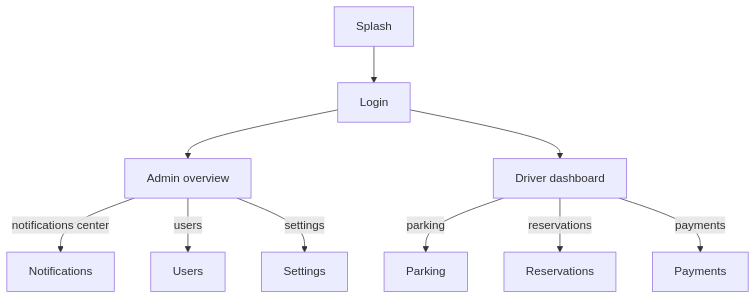
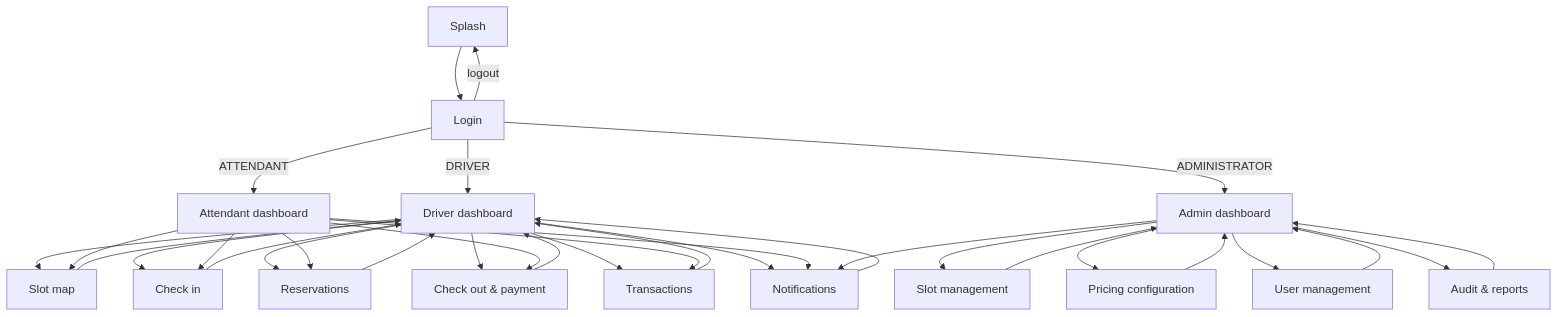
Before and after one commit to 0xPaarth/SmartParkingSystem: the diagram in navigation-map.mmd, drawn with Mermaid. The commit also changed 8 other files, not shown here.

```diff
--- a/navigation-map.mmd
+++ b/navigation-map.mmd
@@ -1,10 +1,33 @@
 flowchart TD
-  SPLASH[Splash] --> LOGIN[Login]
-  LOGIN --> ADM_OVER[Admin overview]
-  LOGIN --> DRV_DASH[Driver dashboard]
-  ADM_OVER -->|notifications center| NOTIFICATIONS[Notifications]
-  ADM_OVER -->|users| USERS[Users]
-  ADM_OVER -->|settings| SETTINGS[Settings]
-  DRV_DASH -->|parking| PARKING[Parking]
-  DRV_DASH -->|reservations| RESERVATIONS[Reservations]
-  DRV_DASH -->|payments| PAYMENTS[Payments]
+  Splash[Splash] --> Login[Login]
+  Login -->|DRIVER| DriverDashboard[Driver dashboard]
+  Login -->|ATTENDANT| AttendantDashboard[Attendant dashboard]
+  Login -->|ADMINISTRATOR| AdminDashboard[Admin dashboard]
+  DriverDashboard --> SlotMap[Slot map]
+  DriverDashboard --> CheckIn[Check in]
+  DriverDashboard --> Reservations[Reservations]
+  DriverDashboard --> Checkout[Check out & payment]
+  DriverDashboard --> Transactions[Transactions]
+  DriverDashboard --> Notifications[Notifications]
+  AttendantDashboard --> SlotMap
+  AttendantDashboard --> CheckIn
+  AttendantDashboard --> Reservations
+  AttendantDashboard --> Checkout
+  AttendantDashboard --> Transactions
+  AttendantDashboard --> Notifications
+  AdminDashboard --> AdminSlots[Slot management]
+  AdminDashboard --> AdminPricing[Pricing configuration]
+  AdminDashboard --> AdminUsers[User management]
+  AdminDashboard --> AdminReports[Audit & reports]
+  AdminDashboard --> Notifications
+  SlotMap --> DriverDashboard
+  CheckIn --> DriverDashboard
+  Reservations --> DriverDashboard
+  Checkout --> DriverDashboard
+  Transactions --> DriverDashboard
+  Notifications --> DriverDashboard
+  AdminSlots --> AdminDashboard
+  AdminPricing --> AdminDashboard
+  AdminUsers --> AdminDashboard
+  AdminReports --> AdminDashboard
+  Login -->|logout| Splash
```
